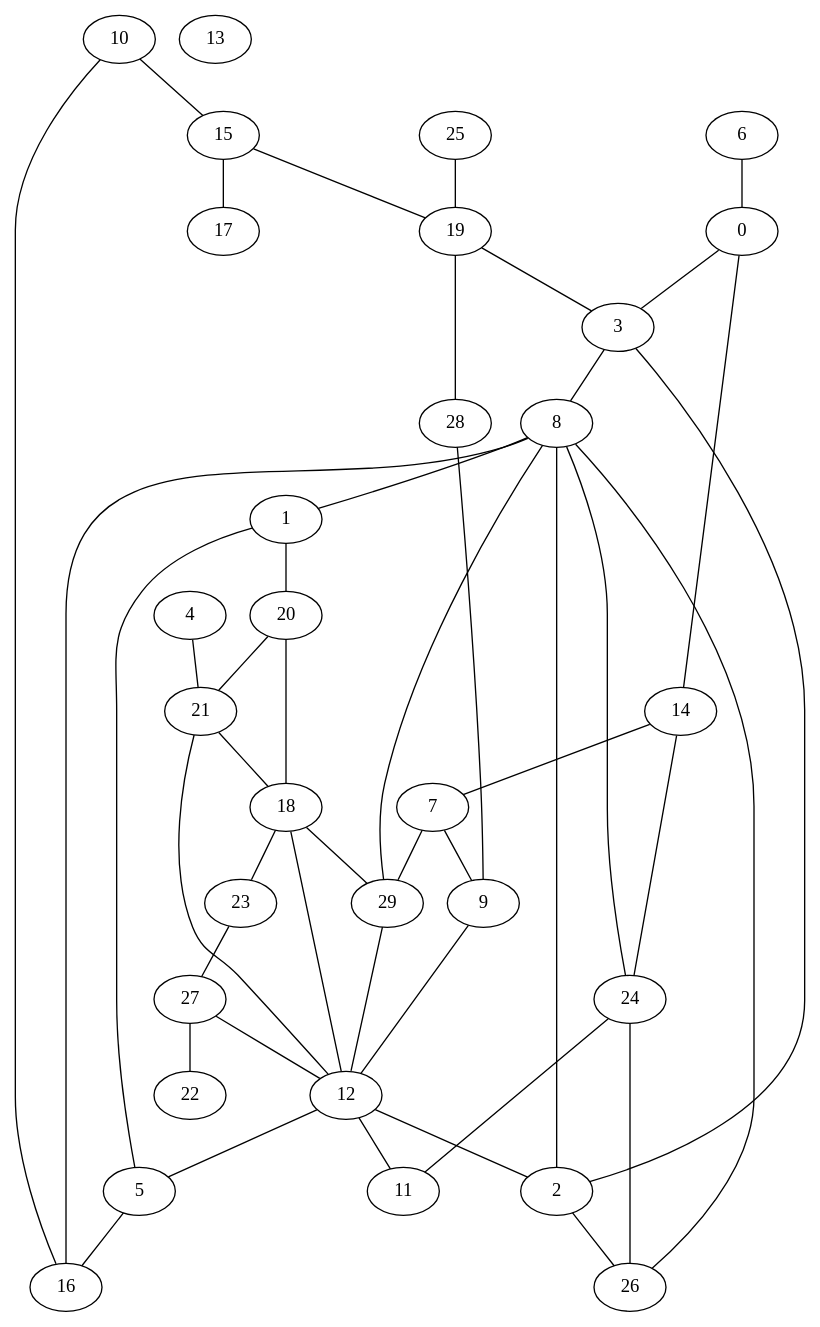
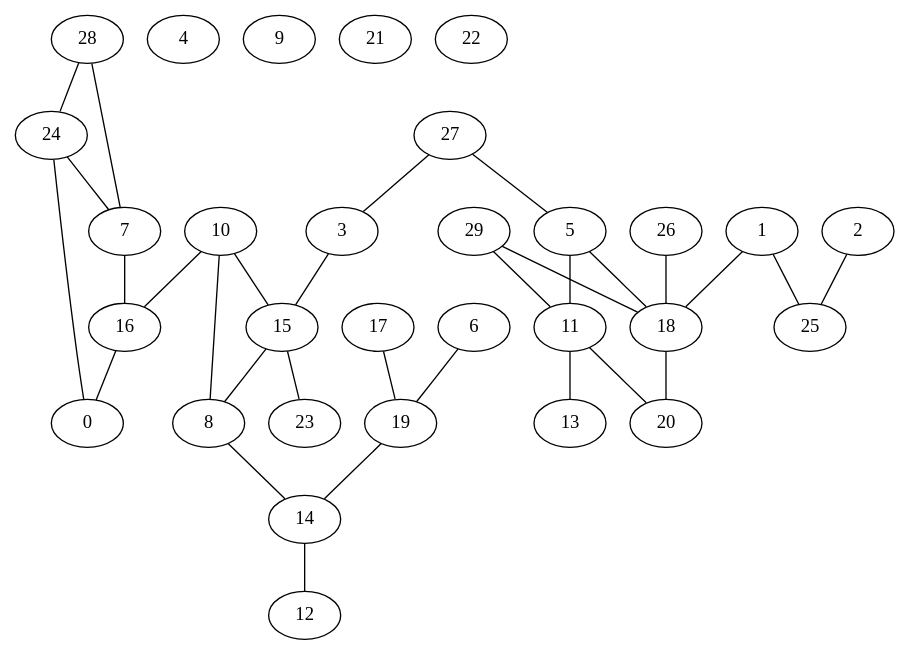
Before and after one commit to HugoBec/graph: the diagram in gv/Erdos_Rengy_30.gv, drawn with Graphviz. The commit also changed 87 other files, not shown here.

```diff
--- a/gv/Erdos_Rengy_30.gv
+++ b/gv/Erdos_Rengy_30.gv
@@ -1,77 +1,62 @@
 graph {
 	0 [label=0]
 	1 [label=1]
 	2 [label=2]
 	3 [label=3]
 	4 [label=4]
 	5 [label=5]
 	6 [label=6]
 	7 [label=7]
 	8 [label=8]
 	9 [label=9]
 	10 [label=10]
 	11 [label=11]
 	12 [label=12]
 	13 [label=13]
 	14 [label=14]
 	15 [label=15]
 	16 [label=16]
 	17 [label=17]
 	18 [label=18]
 	19 [label=19]
 	20 [label=20]
 	21 [label=21]
 	22 [label=22]
 	23 [label=23]
 	24 [label=24]
 	25 [label=25]
 	26 [label=26]
 	27 [label=27]
 	28 [label=28]
 	29 [label=29]
-	27 -- 12
-	12 -- 2
-	15 -- 19
-	12 -- 21
-	23 -- 27
-	27 -- 22
-	8 -- 29
-	12 -- 5
-	0 -- 3
-	7 -- 29
-	19 -- 28
-	15 -- 17
-	21 -- 18
-	1 -- 5
-	16 -- 8
+	14 -- 12
+	26 -- 18
+	19 -- 14
+	1 -- 25
+	8 -- 10
+	3 -- 15
+	15 -- 8
+	16 -- 0
+	5 -- 11
+	28 -- 24
+	2 -- 25
+	8 -- 14
 	10 -- 15
-	24 -- 11
-	26 -- 8
-	29 -- 12
-	7 -- 9
-	2 -- 3
-	1 -- 20
-	20 -- 21
-	6 -- 0
+	17 -- 19
+	24 -- 0
+	24 -- 7
+	11 -- 13
+	27 -- 5
+	1 -- 18
+	28 -- 7
+	11 -- 20
 	10 -- 16
-	14 -- 24
-	9 -- 12
-	18 -- 29
-	4 -- 21
-	14 -- 7
-	28 -- 9
-	5 -- 16
-	8 -- 1
 	18 -- 20
-	18 -- 23
-	19 -- 3
-	3 -- 8
-	2 -- 26
-	24 -- 26
-	0 -- 14
-	18 -- 12
-	8 -- 24
-	8 -- 2
-	12 -- 11
-	25 -- 19
+	6 -- 19
+	15 -- 23
+	7 -- 16
+	5 -- 18
+	29 -- 18
+	29 -- 11
+	27 -- 3
 }
```
